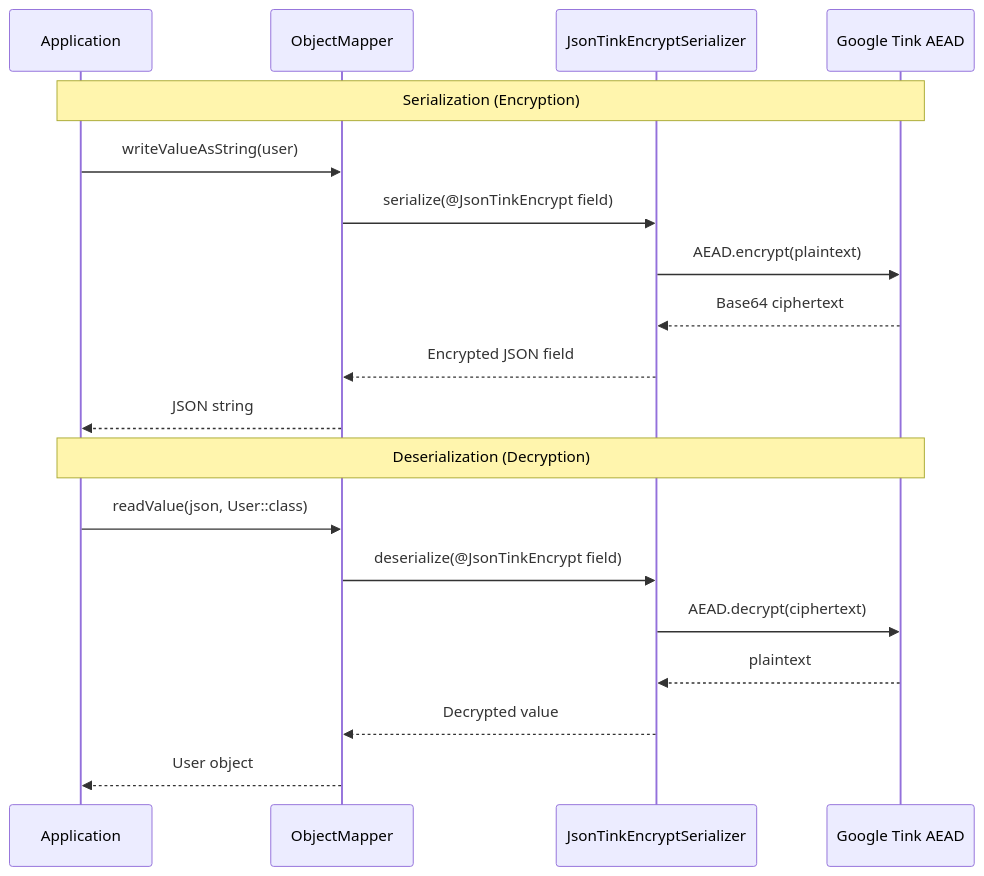
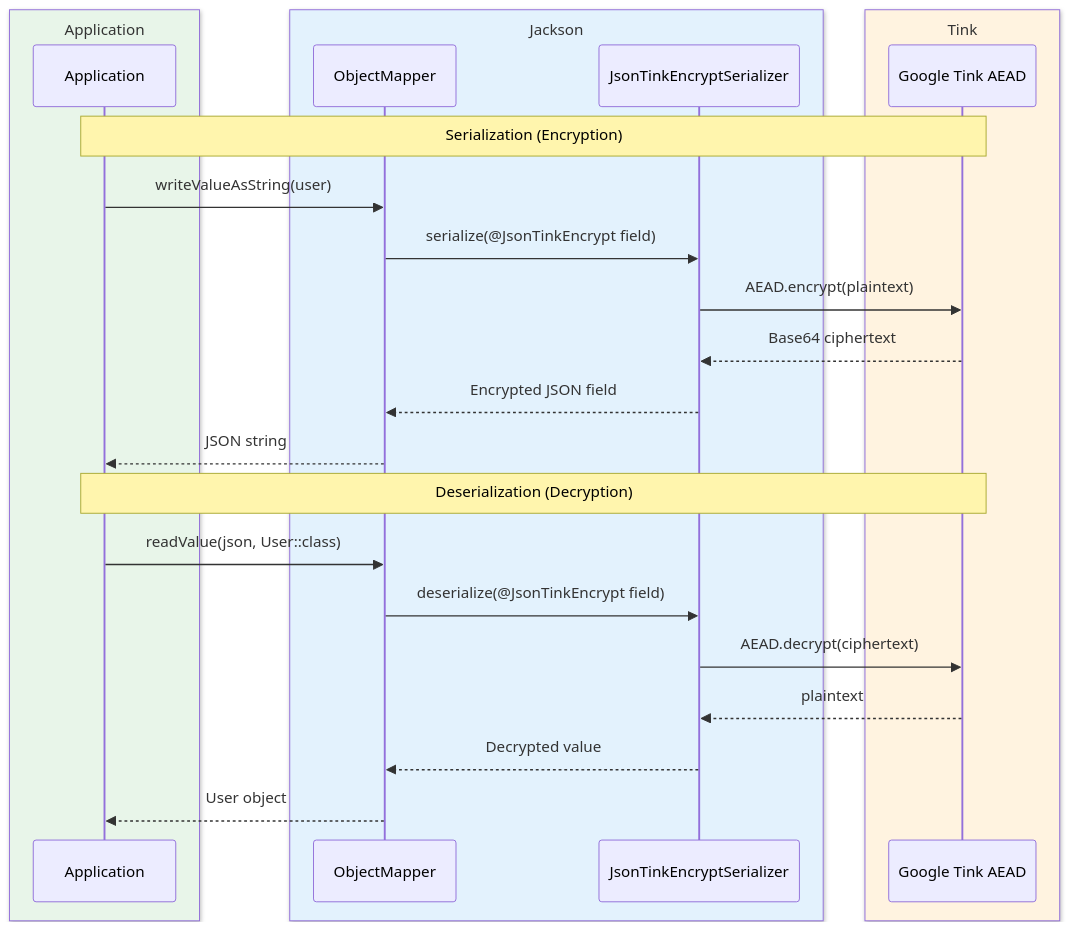
Before and after one commit to bluetape4k/bluetape4k-projects: the third of 3 diagrams in io/jackson2/README.md, drawn with Mermaid. The commit also changed other lines of this file and 221 other files, not shown here.

First line of the commit message:
docs: 전체 모듈 README UML 다이어그램 보강 및 색상 업그레이드

````diff
--- a/io/jackson2/README.md
+++ b/io/jackson2/README.md
@@ -107,23 +130,29 @@
 ```mermaid
 sequenceDiagram
-    participant App as Application
-    participant M as ObjectMapper
-    participant S as JsonTinkEncryptSerializer
-    participant T as Google Tink AEAD
+    box rgb(232, 245, 233) Application
+        participant App as Application
+    end
+    box rgb(227, 242, 253) Jackson
+        participant M as ObjectMapper
+        participant S as JsonTinkEncryptSerializer
+    end
+    box rgb(255, 243, 224) Tink
+        participant T as Google Tink AEAD
+    end
 
     Note over App,T: Serialization (Encryption)
     App->>M: writeValueAsString(user)
     M->>S: serialize(@JsonTinkEncrypt field)
     S->>T: AEAD.encrypt(plaintext)
     T-->>S: Base64 ciphertext
     S-->>M: Encrypted JSON field
     M-->>App: JSON string
 
     Note over App,T: Deserialization (Decryption)
     App->>M: readValue(json, User::class)
     M->>S: deserialize(@JsonTinkEncrypt field)
     S->>T: AEAD.decrypt(ciphertext)
     T-->>S: plaintext
     S-->>M: Decrypted value
     M-->>App: User object
 ```
````
